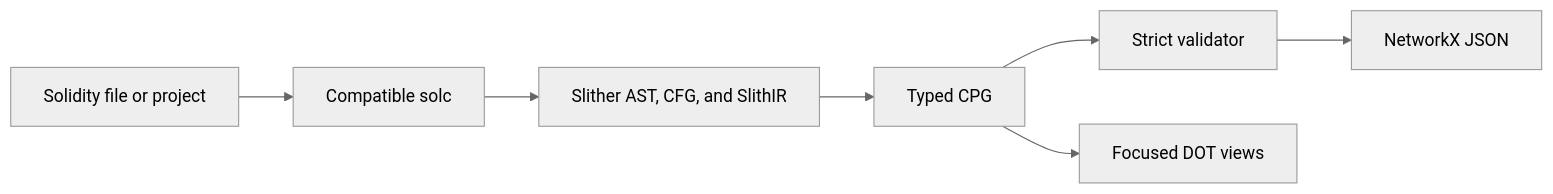
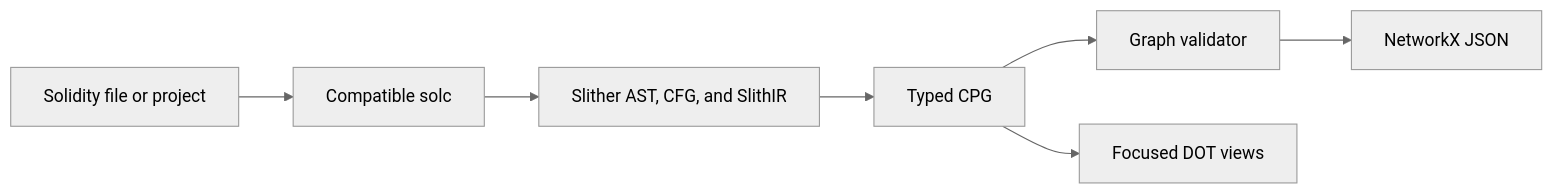
Before and after one commit to ImAno177/spider: the diagram in README.md, drawn with Mermaid (neutral theme). The commit also changed other lines of this file, not shown here.

````diff
--- a/README.md
+++ b/README.md
@@ -86,9 +86,9 @@
 ```mermaid
 flowchart LR
     A["Solidity file or project"] --> B["Compatible solc"]
     B --> C["Slither AST, CFG, and SlithIR"]
     C --> D["Typed CPG"]
-    D --> E["Strict validator"]
+    D --> E["Graph validator"]
     E --> F["NetworkX JSON"]
     D --> G["Focused DOT views"]
 ```
````
